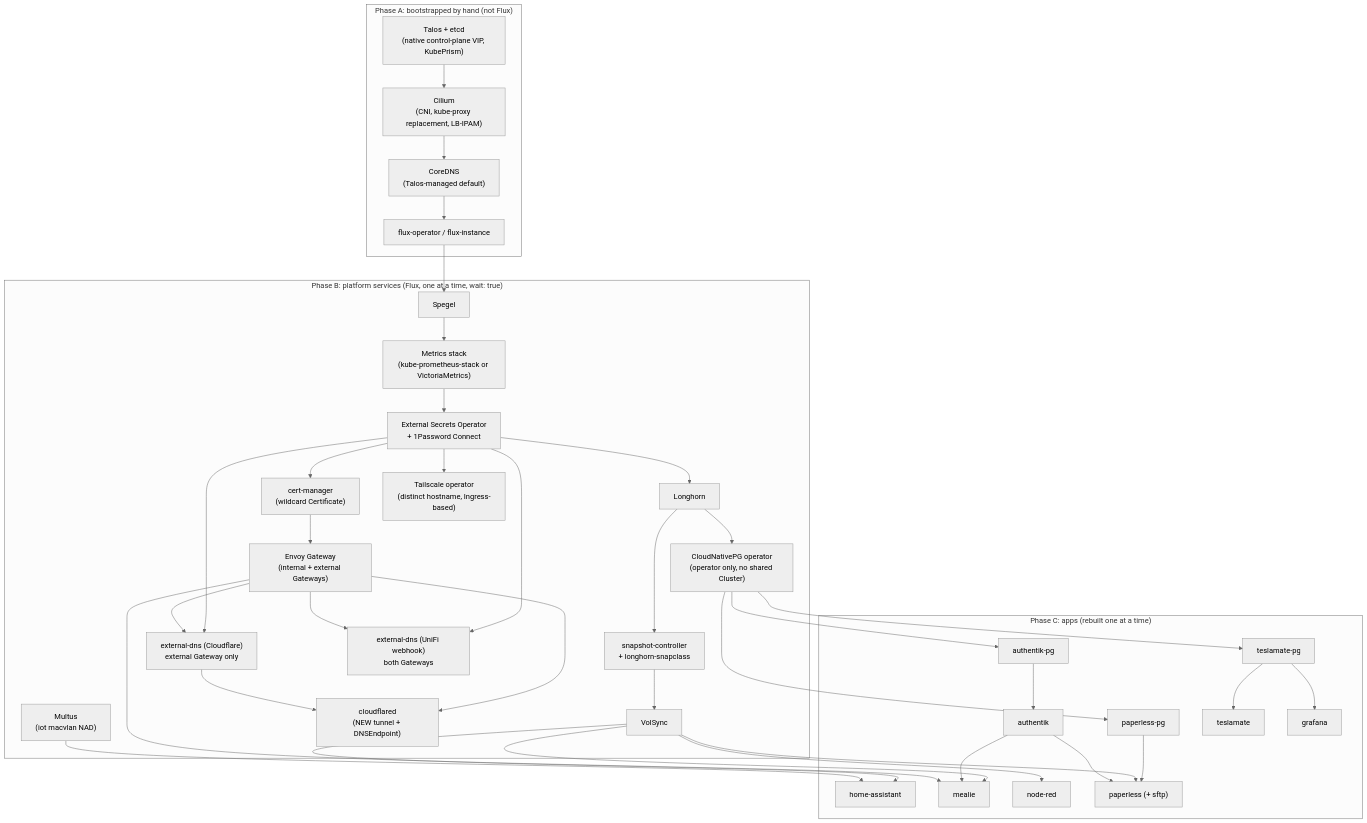
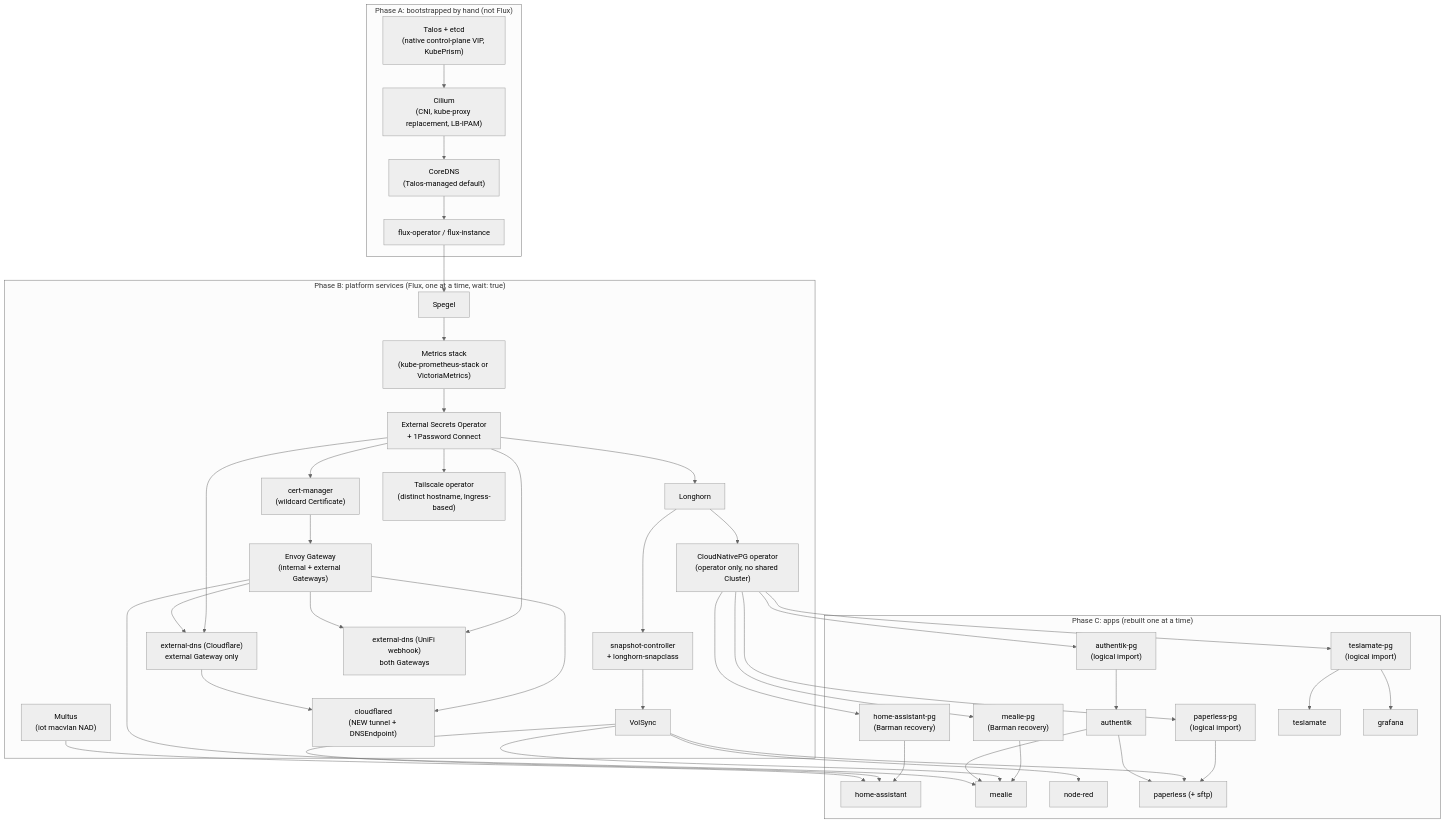
Before and after one commit to evanmoelter/hcc: the second of 3 diagrams in plans/20260816-talos-migration.md, drawn with Mermaid (neutral theme). The commit also changed other lines of this file and 1 other file, not shown here.

````diff
--- a/plans/20260816-talos-migration.md
+++ b/plans/20260816-talos-migration.md
@@ -117,67 +117,71 @@
 ```mermaid
 flowchart TD
     subgraph phaseA["Phase A: bootstrapped by hand (not Flux)"]
         talos["Talos + etcd<br/>(native control-plane VIP, KubePrism)"]
         cilium["Cilium<br/>(CNI, kube-proxy replacement, LB-IPAM)"]
         coredns["CoreDNS<br/>(Talos-managed default)"]
         flux["flux-operator / flux-instance"]
         talos --> cilium --> coredns --> flux
     end
 
     subgraph phaseB["Phase B: platform services (Flux, one at a time, wait: true)"]
         spegel["Spegel"]
         metrics["Metrics stack<br/>(kube-prometheus-stack or VictoriaMetrics)"]
         eso["External Secrets Operator<br/>+ 1Password Connect"]
         certmgr["cert-manager<br/>(wildcard Certificate)"]
         longhorn["Longhorn"]
         snapshot["snapshot-controller<br/>+ longhorn-snapclass"]
         volsync["VolSync"]
         cnpg["CloudNativePG operator<br/>(operator only, no shared Cluster)"]
         multus["Multus<br/>(iot macvlan NAD)"]
         envoy["Envoy Gateway<br/>(internal + external Gateways)"]
         extdnscf["external-dns (Cloudflare)<br/>external Gateway only"]
         extdnsunifi["external-dns (UniFi webhook)<br/>both Gateways"]
         cflared["cloudflared<br/>(NEW tunnel + DNSEndpoint)"]
         tailscale["Tailscale operator<br/>(distinct hostname, Ingress-based)"]
     end
 
     flux --> spegel --> metrics --> eso
     eso --> certmgr
     eso --> longhorn
     eso --> extdnscf
     eso --> extdnsunifi
     eso --> tailscale
     longhorn --> snapshot --> volsync
     longhorn --> cnpg
     certmgr --> envoy
     envoy --> extdnscf
     envoy --> extdnsunifi
     envoy --> cflared
     extdnscf --> cflared
 
     subgraph phaseC["Phase C: apps (rebuilt one at a time)"]
-        authpg["authentik-pg"]
+        authpg["authentik-pg<br/>(logical import)"]
         authentik["authentik"]
+        hasspg["home-assistant-pg<br/>(Barman recovery)"]
         hass["home-assistant"]
+        mealiepg["mealie-pg<br/>(Barman recovery)"]
         mealie["mealie"]
         nodered["node-red"]
-        paperlesspg["paperless-pg"]
+        paperlesspg["paperless-pg<br/>(logical import)"]
         paperless["paperless (+ sftp)"]
-        tmpg["teslamate-pg"]
+        tmpg["teslamate-pg<br/>(logical import)"]
         teslamate["teslamate"]
         grafana["grafana"]
     end
 
     cnpg --> authpg --> authentik
     cnpg --> paperlesspg --> paperless
     cnpg --> tmpg --> teslamate
+    cnpg --> mealiepg --> mealie
+    cnpg --> hasspg --> hass
     volsync --> hass
     volsync --> mealie
     volsync --> nodered
     volsync --> paperless
     multus --> hass
     authentik --> mealie
     authentik --> paperless
     tmpg --> grafana
     envoy --> mealie
 ```
````
